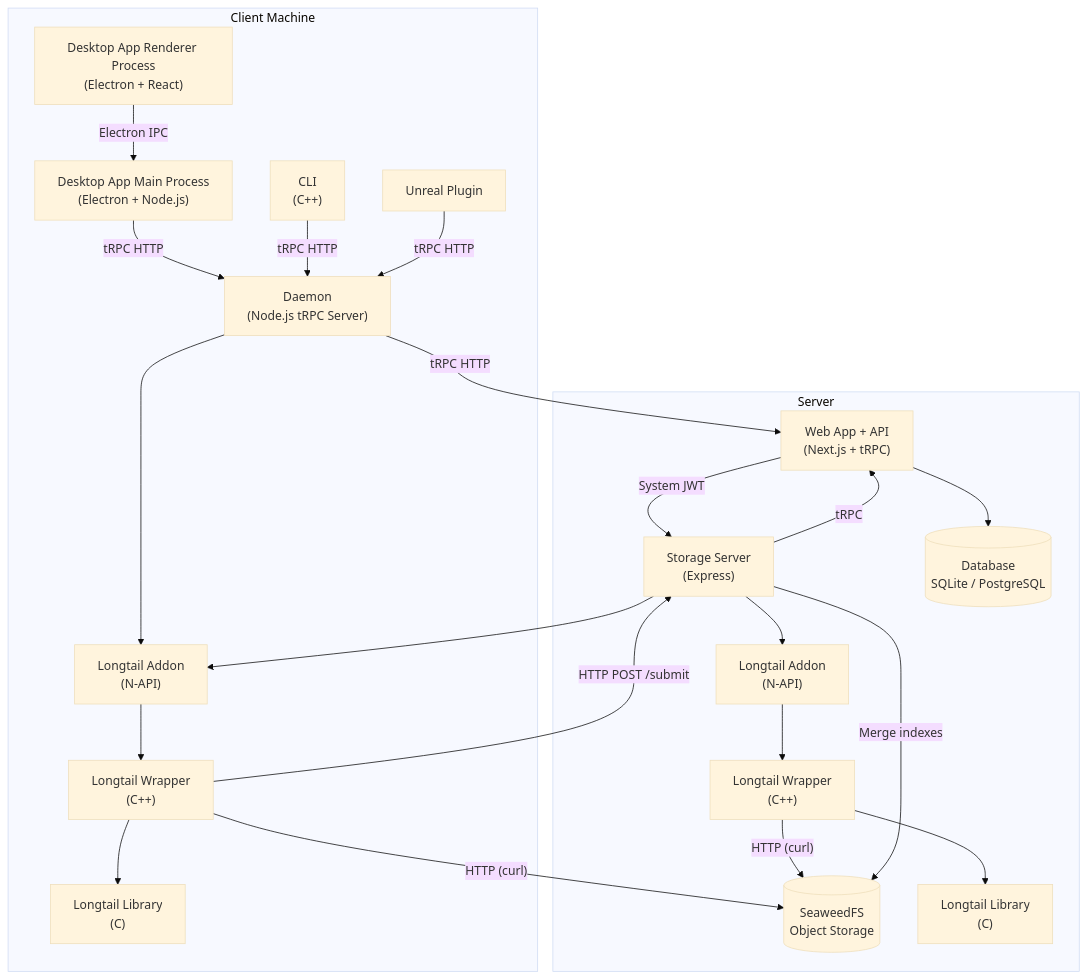
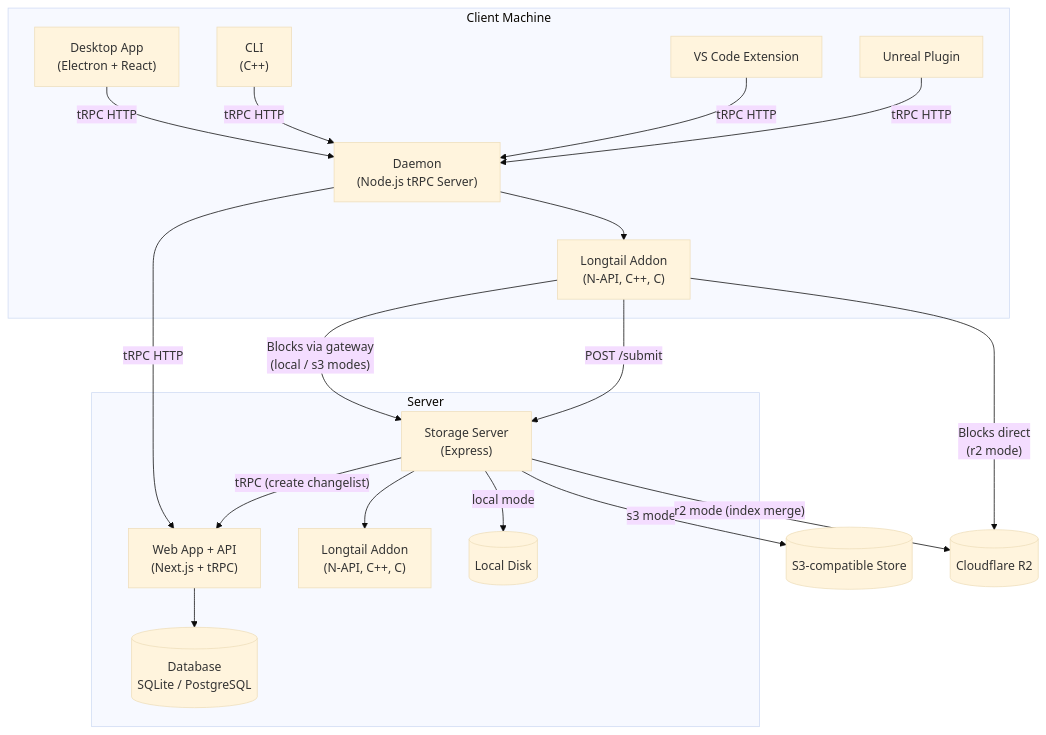
One commit to Incanta/Checkpoint changed the first of 3 diagrams in README.md. Above: the diagram before and after it, drawn with Mermaid (base theme). The commit also changed other lines of this file and 69 other files, not shown here.

````diff
--- a/README.md
+++ b/README.md
@@ -108,43 +127,38 @@
 ```mermaid
 graph TB
     subgraph Client["Client Machine"]
-        DesktopRenderer["Desktop App Renderer Process<br/>(Electron + React)"]
-        DesktopMain["Desktop App Main Process<br/>(Electron + Node.js)"]
+        Desktop["Desktop App<br/>(Electron + React)"]
         CLI["CLI<br/>(C++)"]
+        VSCode["VS Code Extension"]
         Unreal["Unreal Plugin"]
         Daemon["Daemon<br/>(Node.js tRPC Server)"]
-        LongtailAddon["Longtail Addon<br/>(N-API)"]
-        LongtailWrapper["Longtail Wrapper<br/>(C++)"]
-        LongtailLib["Longtail Library<br/>(C)"]
+        Longtail["Longtail Addon<br/>(N-API, C++, C)"]
     end
 
     subgraph Server["Server"]
         WebApp["Web App + API<br/>(Next.js + tRPC)"]
         StorageServer["Storage Server<br/>(Express)"]
+        LongtailServer["Longtail Addon<br/>(N-API, C++, C)"]
         DB[(Database<br/>SQLite / PostgreSQL)]
-        SeaweedFS[(SeaweedFS<br/>Object Storage)]
-        LongtailAddonServer["Longtail Addon<br/>(N-API)"]
-        LongtailWrapperServer["Longtail Wrapper<br/>(C++)"]
-        LongtailLibServer["Longtail Library<br/>(C)"]
+        Disk[(Local Disk)]
     end
 
-    DesktopRenderer -- "Electron IPC" --> DesktopMain
-    DesktopMain -- "tRPC HTTP" --> Daemon
+    S3[(S3-compatible Store)]
+    R2[(Cloudflare R2)]
+
+    Desktop -- "tRPC HTTP" --> Daemon
     CLI -- "tRPC HTTP" --> Daemon
+    VSCode -- "tRPC HTTP" --> Daemon
     Unreal -- "tRPC HTTP" --> Daemon
     Daemon -- "tRPC HTTP" --> WebApp
-    Daemon --> LongtailAddon
-    LongtailAddon --> LongtailWrapper
-    LongtailWrapper --> LongtailLib
-    LongtailWrapper -- "HTTP (curl)" --> SeaweedFS
-    LongtailWrapper -- "HTTP POST /submit" --> StorageServer
-    LongtailAddonServer --> LongtailWrapperServer
-    LongtailWrapperServer --> LongtailLibServer
-    LongtailWrapperServer -- "HTTP (curl)" --> SeaweedFS
-    StorageServer --> LongtailAddon
-    StorageServer --> LongtailAddonServer
-    StorageServer -- "Merge indexes" --> SeaweedFS
-    StorageServer -- "tRPC" --> WebApp
+    Daemon --> Longtail
+    Longtail -- "Blocks via gateway<br/>(local / s3 modes)" --> StorageServer
+    Longtail -- "Blocks direct<br/>(r2 mode)" --> R2
+    Longtail -- "POST /submit" --> StorageServer
+    StorageServer --> LongtailServer
+    StorageServer -- "local mode" --> Disk
+    StorageServer -- "s3 mode" --> S3
+    StorageServer -- "r2 mode (index merge)" --> R2
+    StorageServer -- "tRPC (create changelist)" --> WebApp
     WebApp --> DB
-    WebApp -- "System JWT" --> StorageServer
 ```
````
